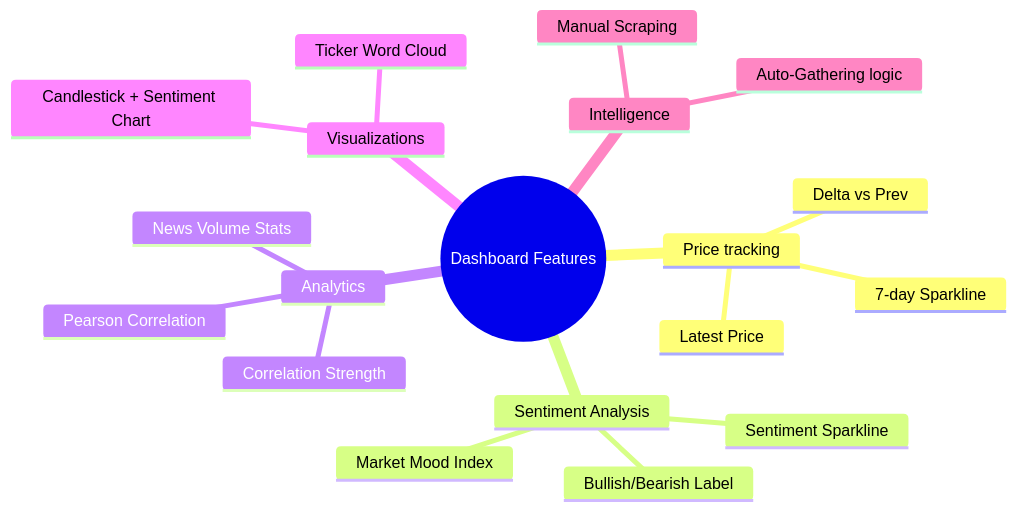
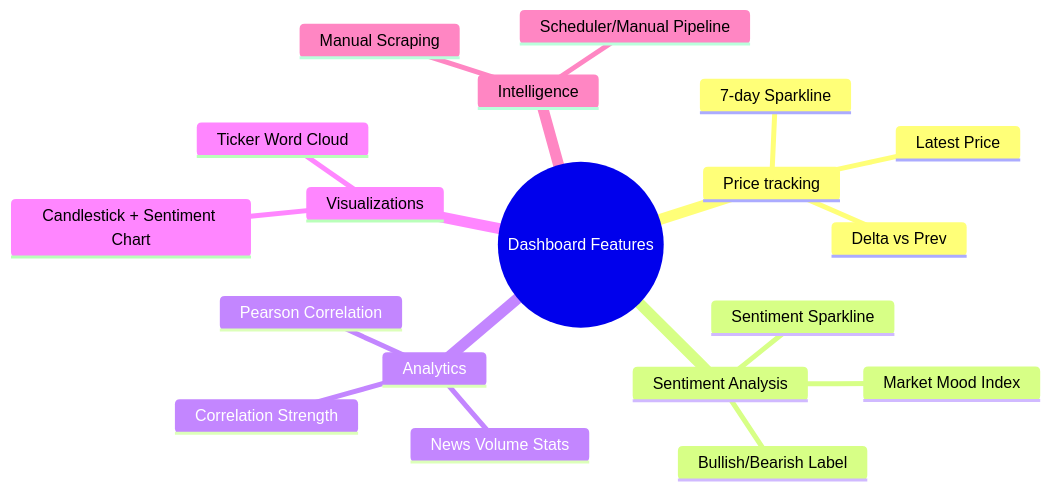
The first of 5 diagrams in docs/DASHBOARD_DOCUMENTATION.md (juanpradana/MarketPulse), drawn with Mermaid before and after one commit. The commit also changed other lines of this file and 10 other files, not shown here.

````diff
--- a/docs/DASHBOARD_DOCUMENTATION.md
+++ b/docs/DASHBOARD_DOCUMENTATION.md
@@ -20,22 +20,22 @@
 ```mermaid
 mindmap
   root((Dashboard Features))
     Price tracking
       Latest Price
       Delta vs Prev
       7-day Sparkline
     Sentiment Analysis
       Market Mood Index
       Bullish/Bearish Label
       Sentiment Sparkline
     Analytics
       Pearson Correlation
       Correlation Strength
       News Volume Stats
     Visualizations
       Candlestick + Sentiment Chart
       Ticker Word Cloud
     Intelligence
       Manual Scraping
-      Auto-Gathering logic
+      Scheduler/Manual Pipeline
 ```
````
